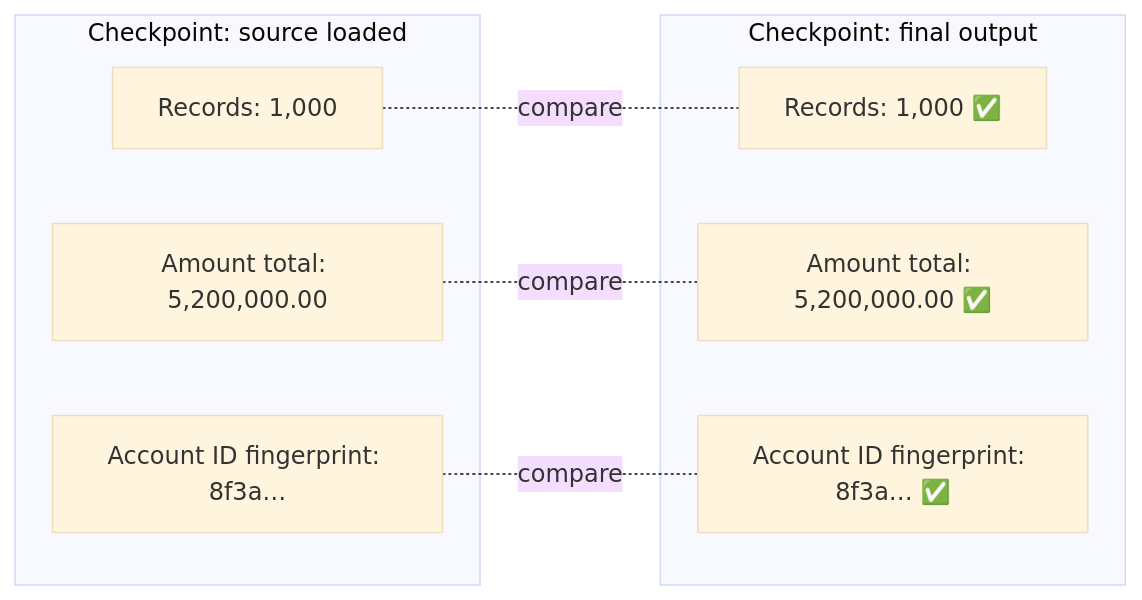
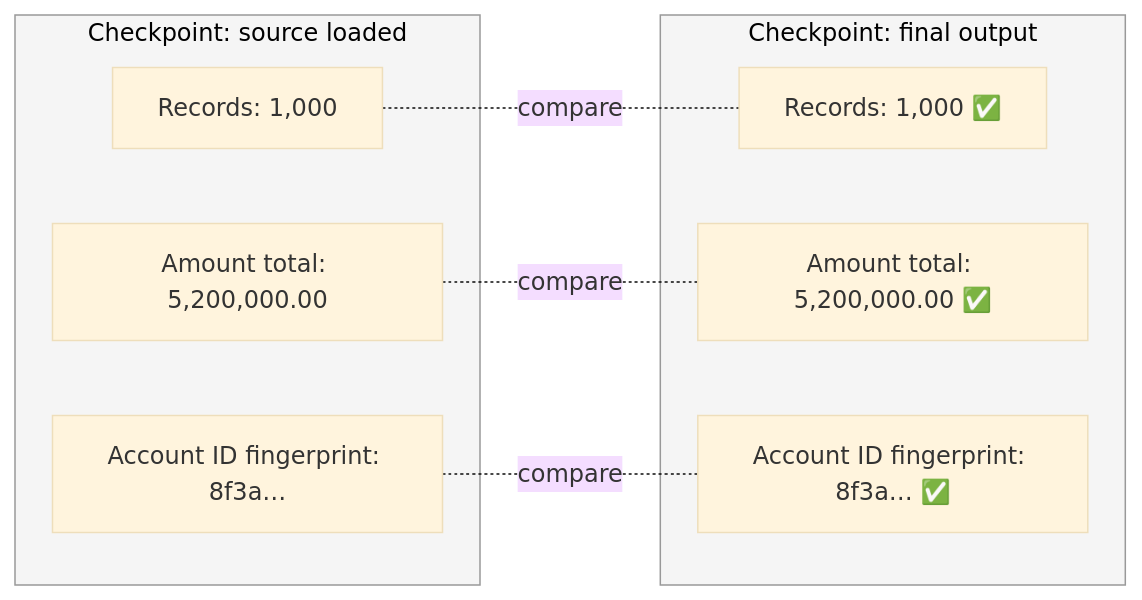
The third of 5 diagrams in docs/user-guide.md (AbsaOSS/atum-service), drawn with Mermaid (base theme) before and after one commit. The commit also changed other lines of this file, not shown here.

````diff
--- a/docs/user-guide.md
+++ b/docs/user-guide.md
@@ -128,16 +125,18 @@
 ```mermaid
 flowchart LR
-    subgraph Checkpoint: source loaded
+    subgraph SL [Checkpoint: source loaded]
         A1[Records: 1,000]
         A2[Amount total: 5,200,000.00]
         A3[Account ID fingerprint: 8f3a…]
     end
-    subgraph Checkpoint: final output
+    style SL fill:#f5f5f5,stroke:#999,color:#000
+    style FO fill:#f5f5f5,stroke:#999,color:#000
+    subgraph FO [Checkpoint: final output]
         B1[Records: 1,000 ✅]
         B2[Amount total: 5,200,000.00 ✅]
         B3[Account ID fingerprint: 8f3a… ✅]
     end
     A1 -.compare.- B1
     A2 -.compare.- B2
     A3 -.compare.- B3
 ```
````
